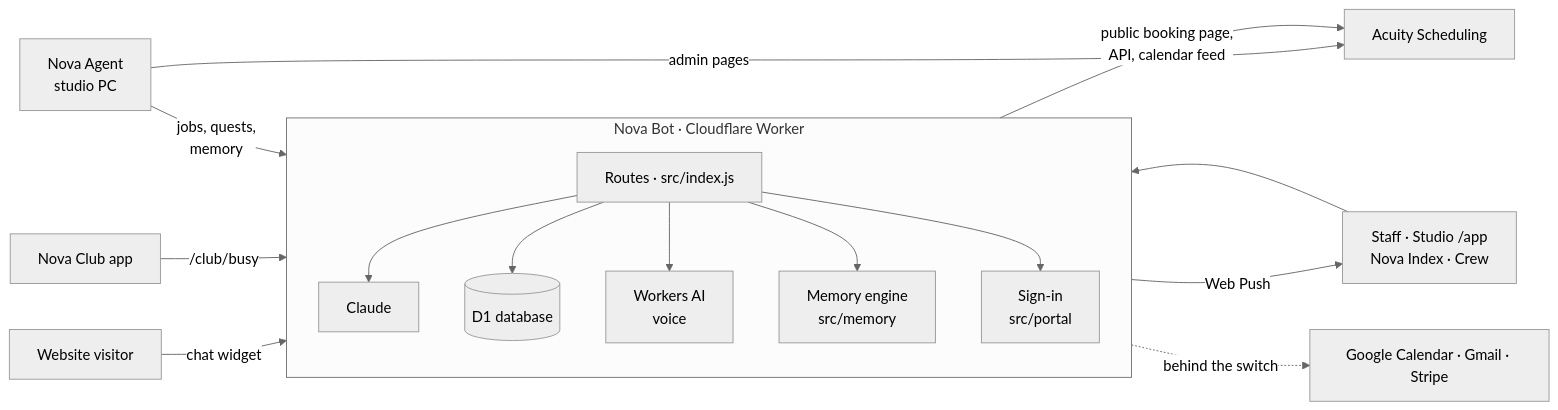
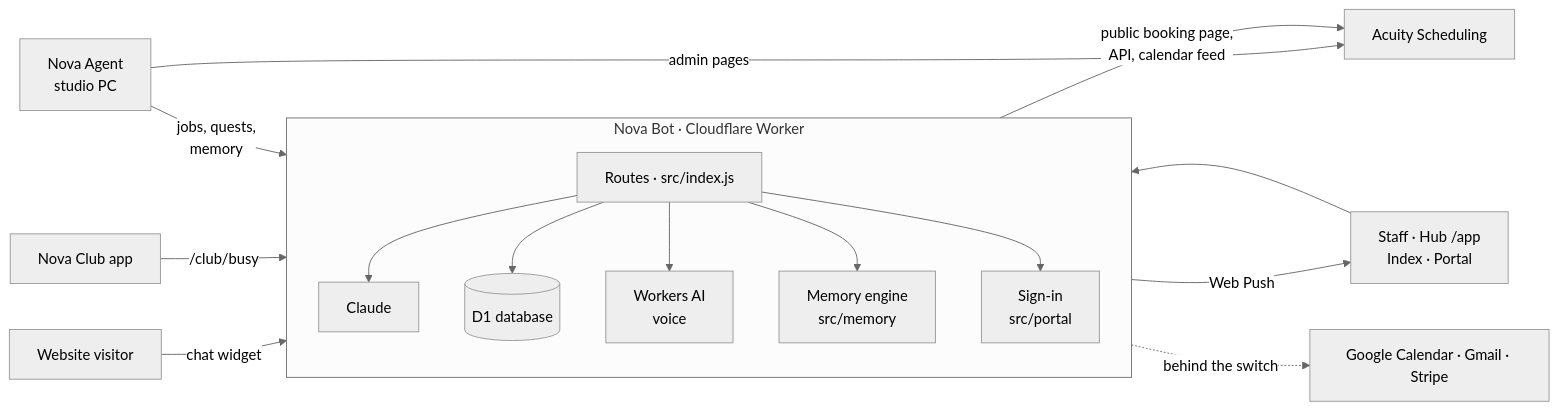
One commit to tuniveza/nova-bot changed the diagram in README.md. Above: the diagram before and after it, drawn with Mermaid (neutral theme). The commit also changed other lines of this file and 45 other files, not shown here.

````diff
--- a/README.md
+++ b/README.md
@@ -233,18 +233,18 @@
 ```mermaid
 flowchart LR
     V[Website visitor] -->|chat widget| W
-    S[Staff · Studio /app<br/>Nova Index · Crew] --> W
+    S[Staff · Hub /app<br/>Index · Portal] --> W
     C[Nova Club app] -->|/club/busy| W
     subgraph W[Nova Bot · Cloudflare Worker]
       R[Routes · src/index.js] --> CL[Claude]
       R --> DB[(D1 database)]
       R --> AI[Workers AI<br/>voice]
       R --> MEM[Memory engine<br/>src/memory]
       R --> PO[Sign-in<br/>src/portal]
     end
     W -->|public booking page,<br/>API, calendar feed| A[Acuity Scheduling]
     NA[Nova Agent<br/>studio PC] -->|jobs, quests,<br/>memory| W
     NA -->|admin pages| A
     W -->|Web Push| S
     W -.->|behind the switch| G[Google Calendar · Gmail · Stripe]
 ```
````
